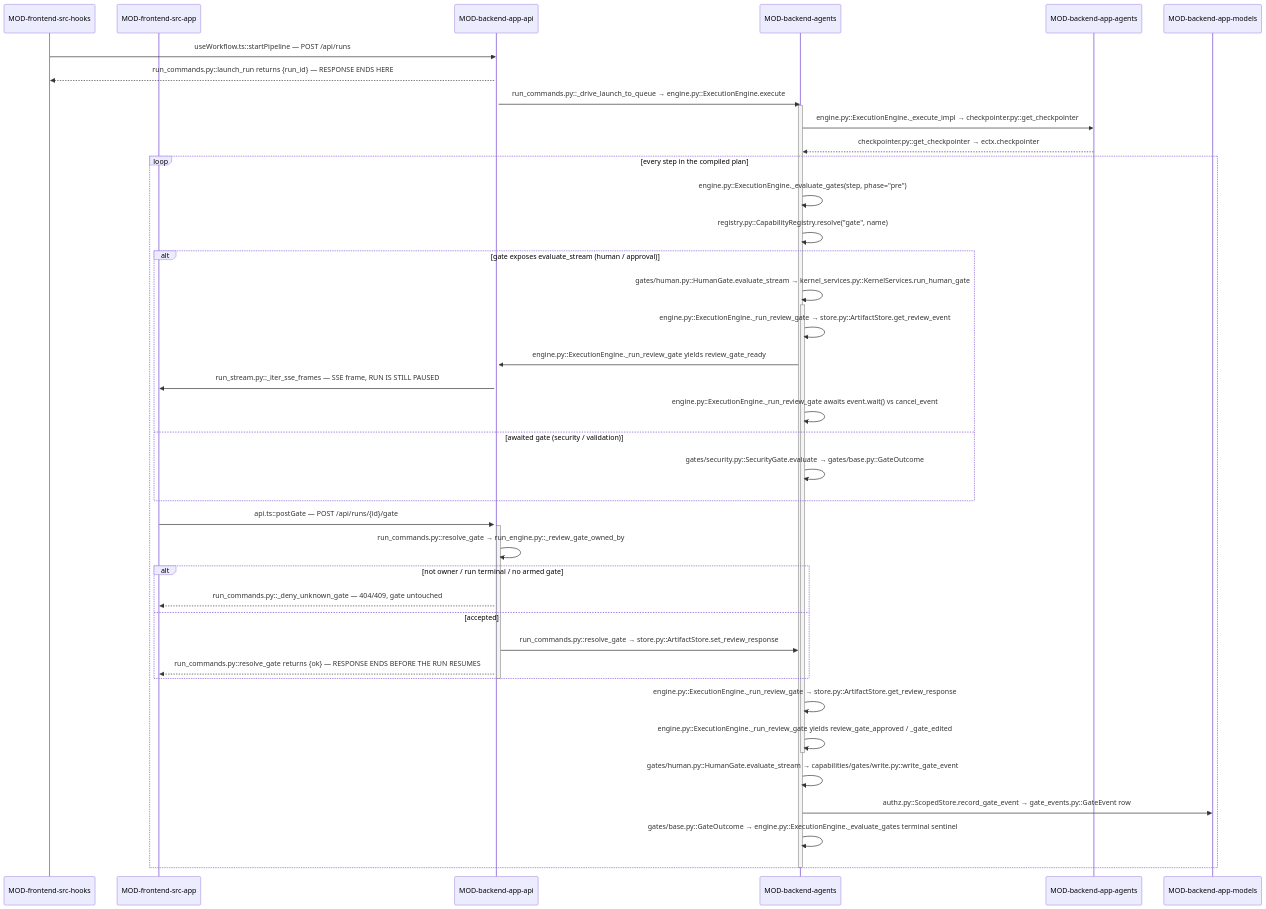
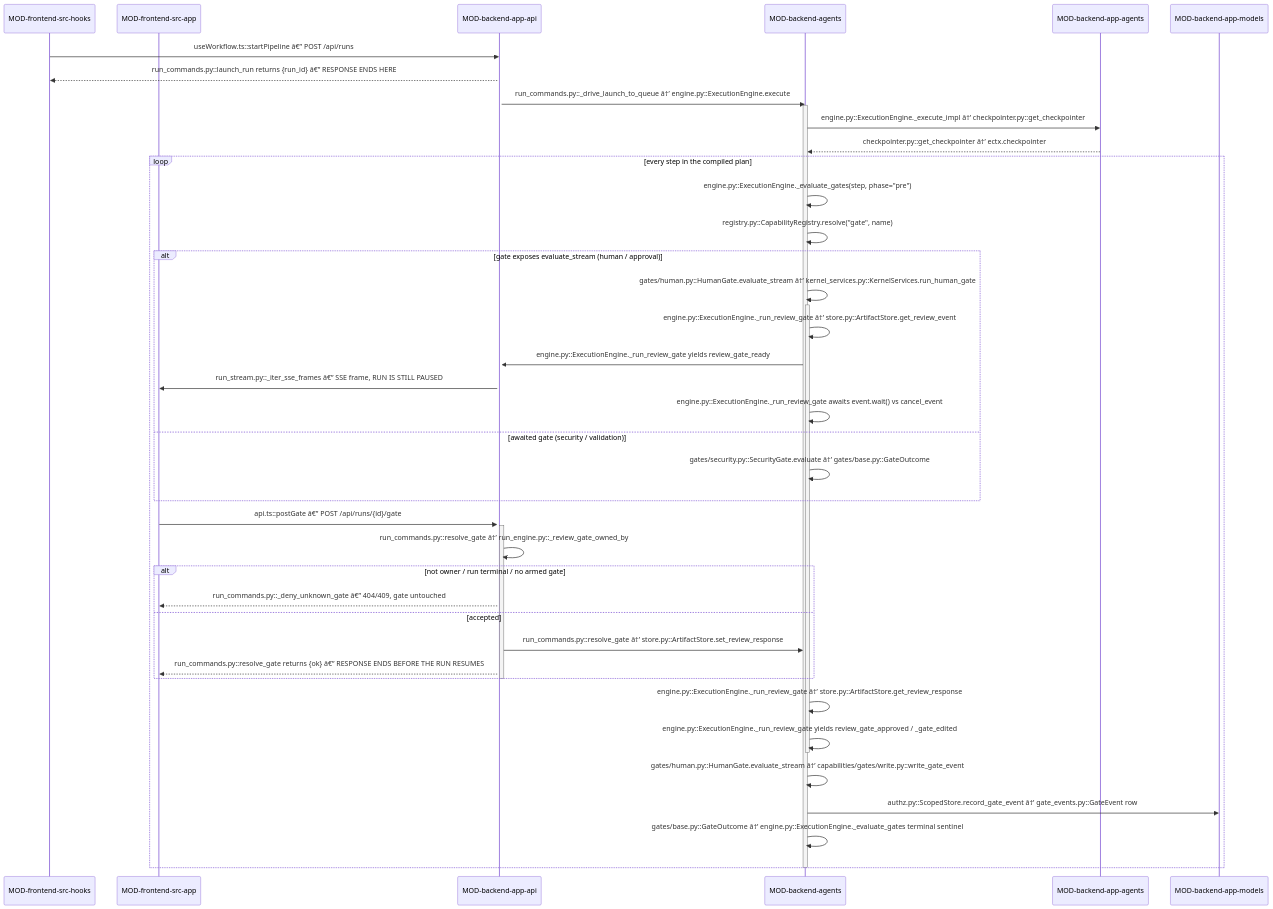
One commit to prateek-sinha7/IdeaFlowAI changed the second of 2 diagrams in .knowledge/architecture/DOMAIN-hitl-gating.md. Above: the diagram before and after it, drawn with Mermaid. The commit also changed other lines of this file and 791 other files, not shown here.

````diff
--- a/.knowledge/architecture/DOMAIN-hitl-gating.md
+++ b/.knowledge/architecture/DOMAIN-hitl-gating.md
@@ -229,51 +231,51 @@
 ```mermaid
 sequenceDiagram
     participant MOD-frontend-src-hooks
     participant MOD-frontend-src-app
     participant MOD-backend-app-api
     participant MOD-backend-agents
     participant MOD-backend-app-agents
     participant MOD-backend-app-models
 
-    MOD-frontend-src-hooks->>MOD-backend-app-api: useWorkflow.ts::startPipeline — POST /api/runs
+    MOD-frontend-src-hooks->>MOD-backend-app-api: useWorkflow.ts::startPipeline â€” POST /api/runs
     activate MOD-backend-app-api
-    MOD-backend-app-api-->>MOD-frontend-src-hooks: run_commands.py::launch_run returns {run_id} — RESPONSE ENDS HERE
-    MOD-backend-app-api->>MOD-backend-agents: run_commands.py::_drive_launch_to_queue → engine.py::ExecutionEngine.execute
+    MOD-backend-app-api-->>MOD-frontend-src-hooks: run_commands.py::launch_run returns {run_id} â€” RESPONSE ENDS HERE
+    MOD-backend-app-api->>MOD-backend-agents: run_commands.py::_drive_launch_to_queue â†’ engine.py::ExecutionEngine.execute
     activate MOD-backend-agents
-    MOD-backend-agents->>MOD-backend-app-agents: engine.py::ExecutionEngine._execute_impl → checkpointer.py::get_checkpointer
-    MOD-backend-app-agents-->>MOD-backend-agents: checkpointer.py::get_checkpointer → ectx.checkpointer
+    MOD-backend-agents->>MOD-backend-app-agents: engine.py::ExecutionEngine._execute_impl â†’ checkpointer.py::get_checkpointer
+    MOD-backend-app-agents-->>MOD-backend-agents: checkpointer.py::get_checkpointer â†’ ectx.checkpointer
 
     loop every step in the compiled plan
         MOD-backend-agents->>MOD-backend-agents: engine.py::ExecutionEngine._evaluate_gates(step, phase="pre")
         MOD-backend-agents->>MOD-backend-agents: registry.py::CapabilityRegistry.resolve("gate", name)
         alt gate exposes evaluate_stream (human / approval)
-            MOD-backend-agents->>MOD-backend-agents: gates/human.py::HumanGate.evaluate_stream → kernel_services.py::KernelServices.run_human_gate
+            MOD-backend-agents->>MOD-backend-agents: gates/human.py::HumanGate.evaluate_stream â†’ kernel_services.py::KernelServices.run_human_gate
             activate MOD-backend-agents
-            MOD-backend-agents->>MOD-backend-agents: engine.py::ExecutionEngine._run_review_gate → store.py::ArtifactStore.get_review_event
+            MOD-backend-agents->>MOD-backend-agents: engine.py::ExecutionEngine._run_review_gate â†’ store.py::ArtifactStore.get_review_event
             MOD-backend-agents->>MOD-backend-app-api: engine.py::ExecutionEngine._run_review_gate yields review_gate_ready
-            MOD-backend-app-api->>MOD-frontend-src-app: run_stream.py::_iter_sse_frames — SSE frame, RUN IS STILL PAUSED
+            MOD-backend-app-api->>MOD-frontend-src-app: run_stream.py::_iter_sse_frames â€” SSE frame, RUN IS STILL PAUSED
             MOD-backend-agents->>MOD-backend-agents: engine.py::ExecutionEngine._run_review_gate awaits event.wait() vs cancel_event
         else awaited gate (security / validation)
-            MOD-backend-agents->>MOD-backend-agents: gates/security.py::SecurityGate.evaluate → gates/base.py::GateOutcome
+            MOD-backend-agents->>MOD-backend-agents: gates/security.py::SecurityGate.evaluate â†’ gates/base.py::GateOutcome
         end
 
-        MOD-frontend-src-app->>MOD-backend-app-api: api.ts::postGate — POST /api/runs/{id}/gate
+        MOD-frontend-src-app->>MOD-backend-app-api: api.ts::postGate â€” POST /api/runs/{id}/gate
         activate MOD-backend-app-api
-        MOD-backend-app-api->>MOD-backend-app-api: run_commands.py::resolve_gate → run_engine.py::_review_gate_owned_by
+        MOD-backend-app-api->>MOD-backend-app-api: run_commands.py::resolve_gate â†’ run_engine.py::_review_gate_owned_by
         alt not owner / run terminal / no armed gate
-            MOD-backend-app-api-->>MOD-frontend-src-app: run_commands.py::_deny_unknown_gate — 404/409, gate untouched
+            MOD-backend-app-api-->>MOD-frontend-src-app: run_commands.py::_deny_unknown_gate â€” 404/409, gate untouched
         else accepted
-            MOD-backend-app-api->>MOD-backend-agents: run_commands.py::resolve_gate → store.py::ArtifactStore.set_review_response
-            MOD-backend-app-api-->>MOD-frontend-src-app: run_commands.py::resolve_gate returns {ok} — RESPONSE ENDS BEFORE THE RUN RESUMES
+            MOD-backend-app-api->>MOD-backend-agents: run_commands.py::resolve_gate â†’ store.py::ArtifactStore.set_review_response
+            MOD-backend-app-api-->>MOD-frontend-src-app: run_commands.py::resolve_gate returns {ok} â€” RESPONSE ENDS BEFORE THE RUN RESUMES
         end
         deactivate MOD-backend-app-api
 
-        MOD-backend-agents->>MOD-backend-agents: engine.py::ExecutionEngine._run_review_gate → store.py::ArtifactStore.get_review_response
+        MOD-backend-agents->>MOD-backend-agents: engine.py::ExecutionEngine._run_review_gate â†’ store.py::ArtifactStore.get_review_response
         MOD-backend-agents->>MOD-backend-agents: engine.py::ExecutionEngine._run_review_gate yields review_gate_approved / _gate_edited
         deactivate MOD-backend-agents
-        MOD-backend-agents->>MOD-backend-agents: gates/human.py::HumanGate.evaluate_stream → capabilities/gates/write.py::write_gate_event
-        MOD-backend-agents->>MOD-backend-app-models: authz.py::ScopedStore.record_gate_event → gate_events.py::GateEvent row
-        MOD-backend-agents->>MOD-backend-agents: gates/base.py::GateOutcome → engine.py::ExecutionEngine._evaluate_gates terminal sentinel
+        MOD-backend-agents->>MOD-backend-agents: gates/human.py::HumanGate.evaluate_stream â†’ capabilities/gates/write.py::write_gate_event
+        MOD-backend-agents->>MOD-backend-app-models: authz.py::ScopedStore.record_gate_event â†’ gate_events.py::GateEvent row
+        MOD-backend-agents->>MOD-backend-agents: gates/base.py::GateOutcome â†’ engine.py::ExecutionEngine._evaluate_gates terminal sentinel
     end
     deactivate MOD-backend-agents
 ```
````
